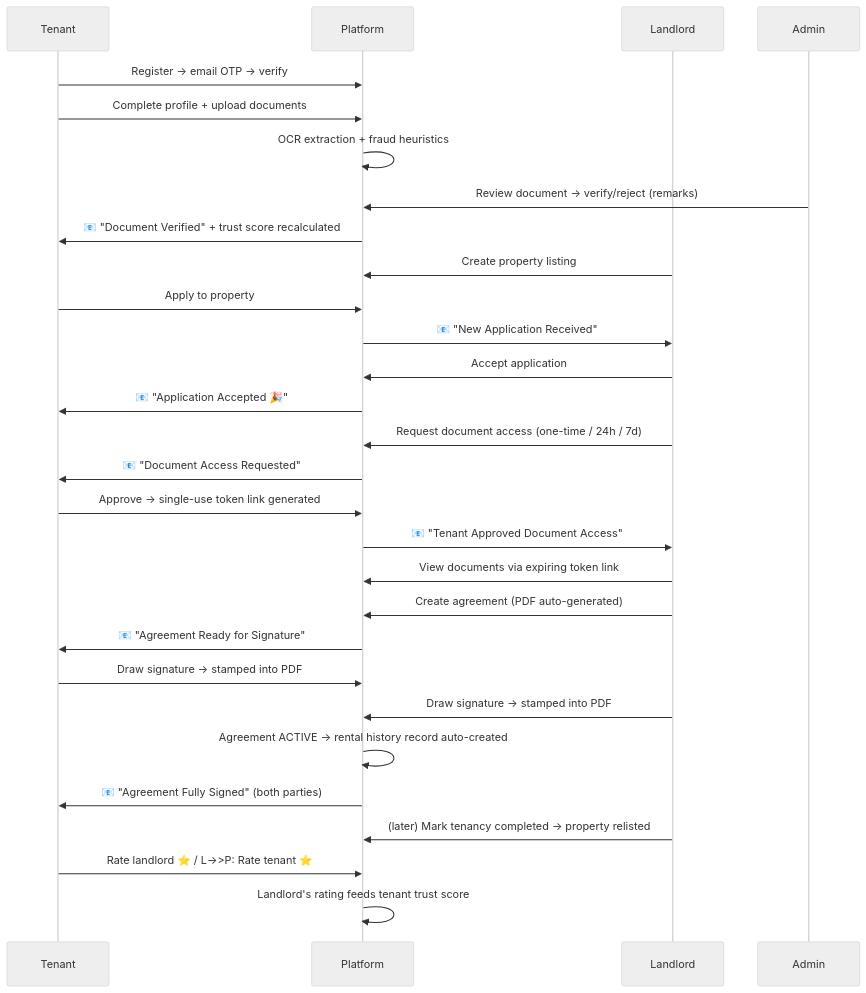
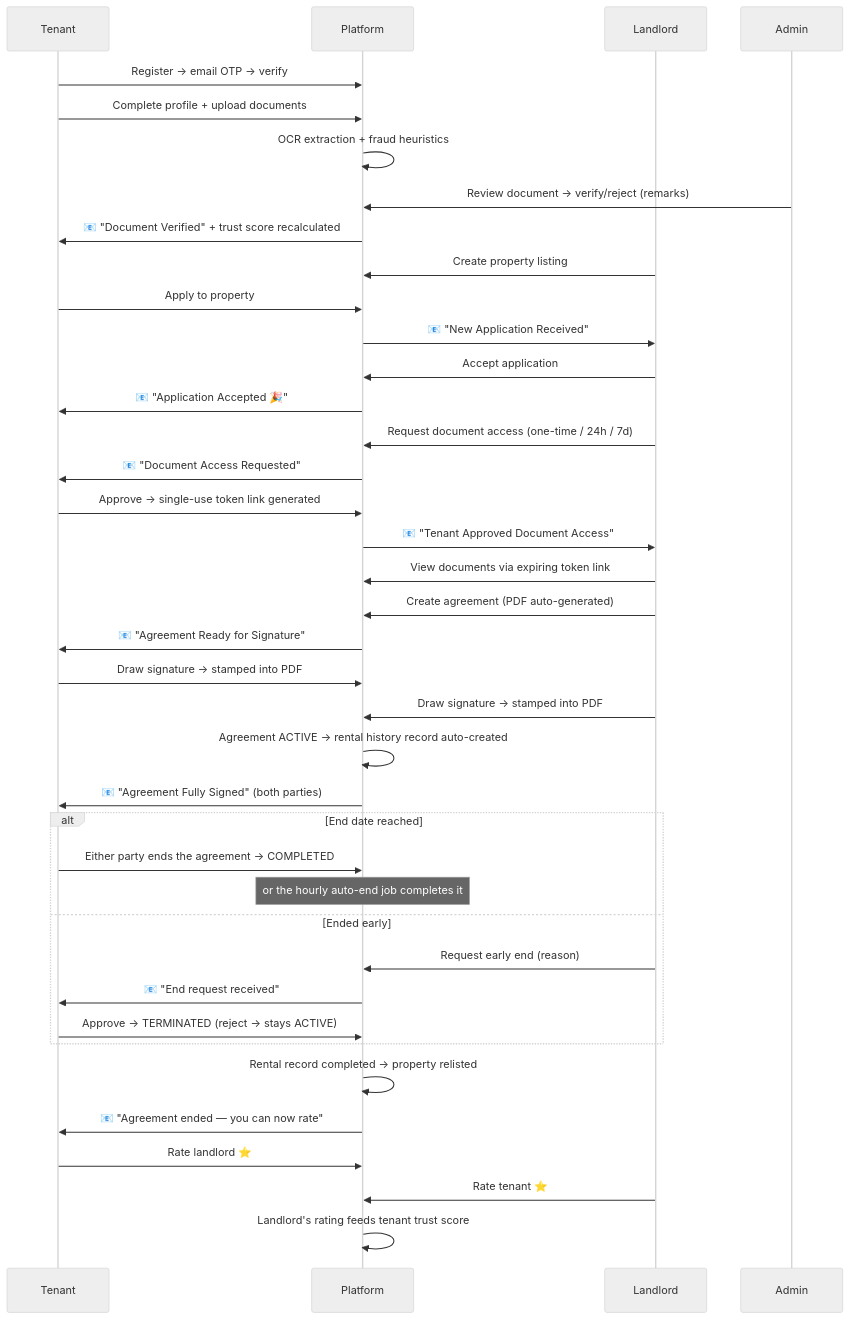
The diagram in README.md (kushalvk/VeriNest), drawn with Mermaid (neutral theme) before and after one commit. The commit also changed other lines of this file and 18 other files, not shown here.

Commit message:
feat(agreements): add lifecycle model, end requests and auto-end job feat(ratings): rate agreements and sync rental history records feat(ui): add Agreements page and update Rental history page docs: update README and CLAUDE.md for agreement lifecycle

````diff
--- a/README.md
+++ b/README.md
@@ -174,32 +186,42 @@
 ```mermaid
 sequenceDiagram
     participant T as Tenant
     participant P as Platform
     participant L as Landlord
     participant A as Admin
 
     T->>P: Register → email OTP → verify
     T->>P: Complete profile + upload documents
     P->>P: OCR extraction + fraud heuristics
     A->>P: Review document → verify/reject (remarks)
     P->>T: 📧 "Document Verified" + trust score recalculated
     L->>P: Create property listing
     T->>P: Apply to property
     P->>L: 📧 "New Application Received"
     L->>P: Accept application
     P->>T: 📧 "Application Accepted 🎉"
     L->>P: Request document access (one-time / 24h / 7d)
     P->>T: 📧 "Document Access Requested"
     T->>P: Approve → single-use token link generated
     P->>L: 📧 "Tenant Approved Document Access"
     L->>P: View documents via expiring token link
     L->>P: Create agreement (PDF auto-generated)
     P->>T: 📧 "Agreement Ready for Signature"
     T->>P: Draw signature → stamped into PDF
     L->>P: Draw signature → stamped into PDF
     P->>P: Agreement ACTIVE → rental history record auto-created
     P->>T: 📧 "Agreement Fully Signed" (both parties)
-    L->>P: (later) Mark tenancy completed → property relisted
-    T->>P: Rate landlord ⭐ / L->>P: Rate tenant ⭐
+    alt End date reached
+        T->>P: Either party ends the agreement → COMPLETED
+        Note over P: or the hourly auto-end job completes it
+    else Ended early
+        L->>P: Request early end (reason)
+        P->>T: 📧 "End request received"
+        T->>P: Approve → TERMINATED (reject → stays ACTIVE)
+    end
+    P->>P: Rental record completed → property relisted
+    P->>T: 📧 "Agreement ended — you can now rate"
+    T->>P: Rate landlord ⭐
+    L->>P: Rate tenant ⭐
     P->>P: Landlord's rating feeds tenant trust score
 ```
````
